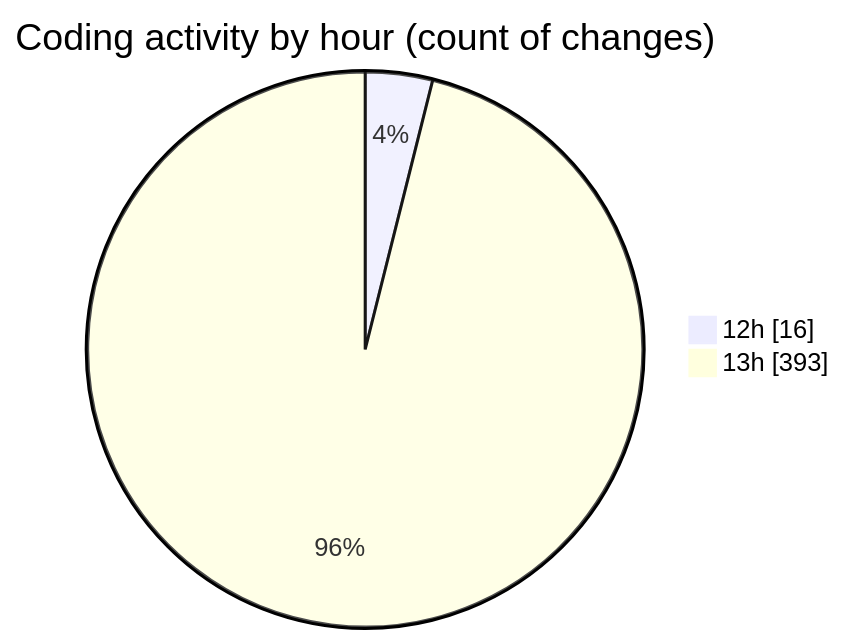
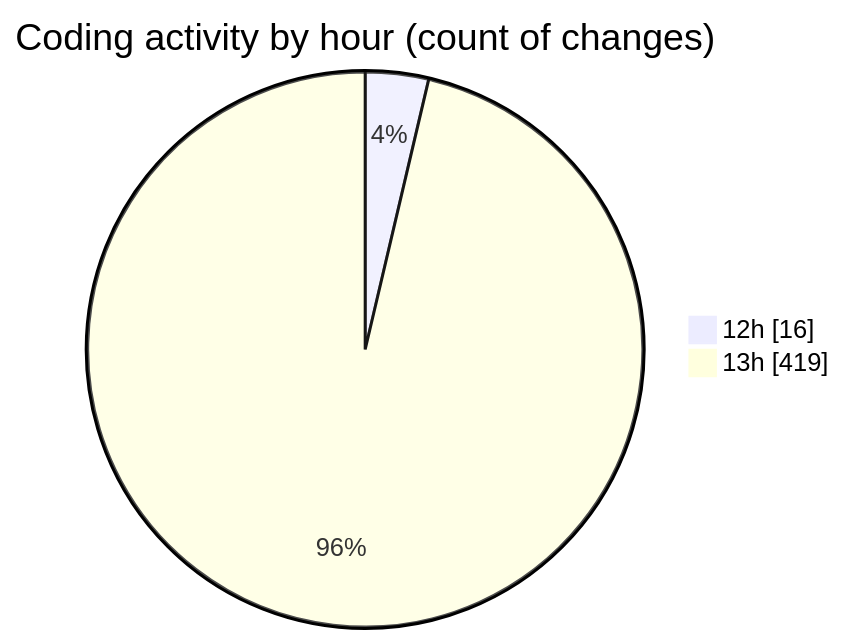
Before and after one commit to vahidmafi/code-tracking: the second of 2 diagrams in 2025-09-16/www/README.md, drawn with Mermaid. The commit also changed other lines of this file and 1 other file, not shown here.

````diff
--- a/2025-09-16/www/README.md
+++ b/2025-09-16/www/README.md
@@ -307,6 +328,6 @@
 ```mermaid
 pie showData
 title Coding activity by hour (count of changes)
 "12h" : 16
-"13h" : 393
+"13h" : 419
 ```
````
